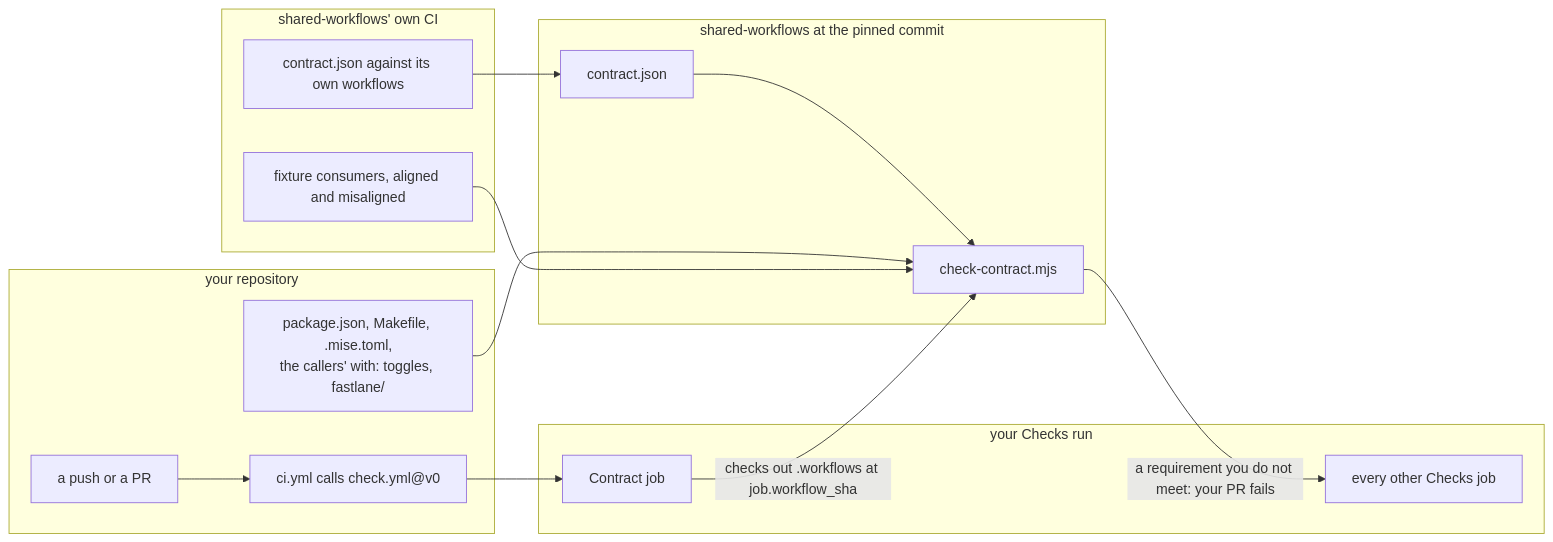
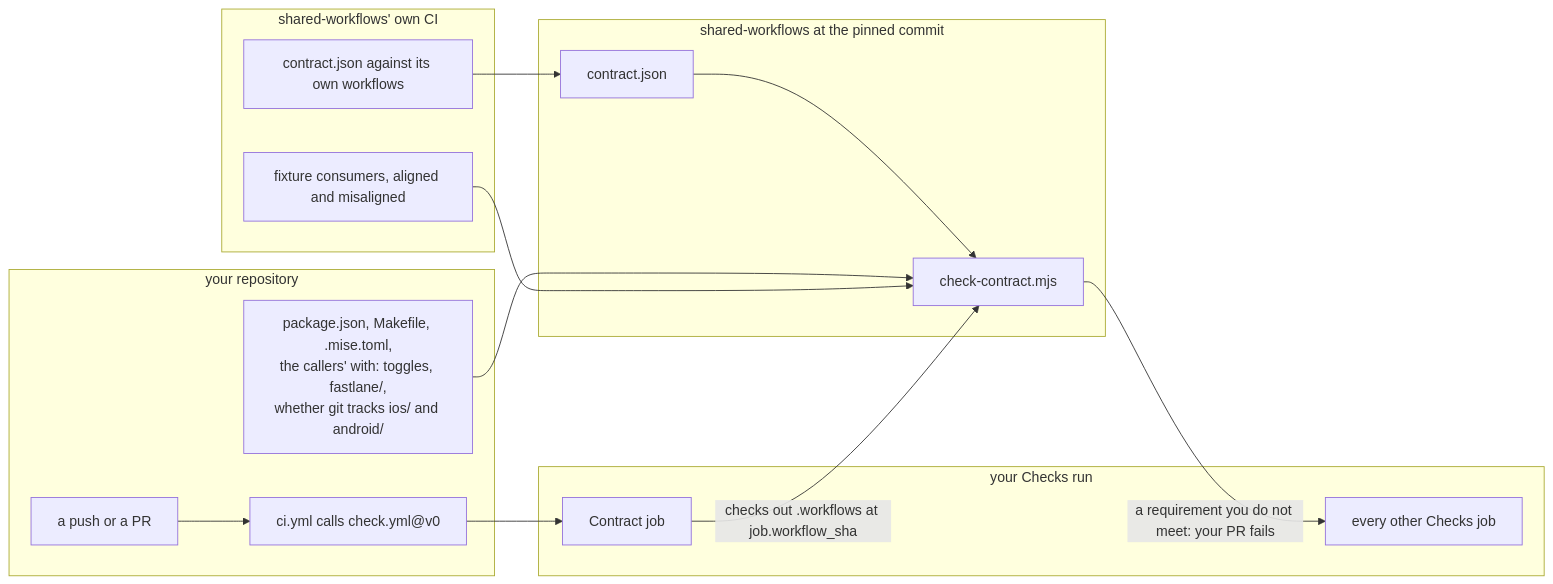
Before and after one commit to blinkbitcoin/shared-workflows: the second of 5 diagrams in docs/consumer-guide.md, drawn with Mermaid. The commit also changed other lines of this file and 30 other files, not shown here.

````diff
--- a/docs/consumer-guide.md
+++ b/docs/consumer-guide.md
@@ -135,27 +135,27 @@
 ```mermaid
 flowchart LR
   subgraph app["your repository"]
     pr["a push or a PR"]
     caller["ci.yml calls check.yml@v0"]
-    tree["package.json, Makefile, .mise.toml,<br/>the callers' with: toggles, fastlane/"]
+    tree["package.json, Makefile, .mise.toml,<br/>the callers' with: toggles, fastlane/,<br/>whether git tracks ios/ and android/"]
   end
   subgraph run["your Checks run"]
     contract["Contract job"]
     gates["every other Checks job"]
   end
   subgraph shared["shared-workflows at the pinned commit"]
     data["contract.json"]
     checker["check-contract.mjs"]
   end
   subgraph self["shared-workflows' own CI"]
     fixtures["fixture consumers, aligned and misaligned"]
     bind["contract.json against its own workflows"]
   end
   pr --> caller --> contract
   contract -->|"checks out .workflows at job.workflow_sha"| checker
   data --> checker
   tree --> checker
   checker -->|"a requirement you do not meet: your PR fails"| gates
   fixtures --> checker
   bind --> data
 ```
````
